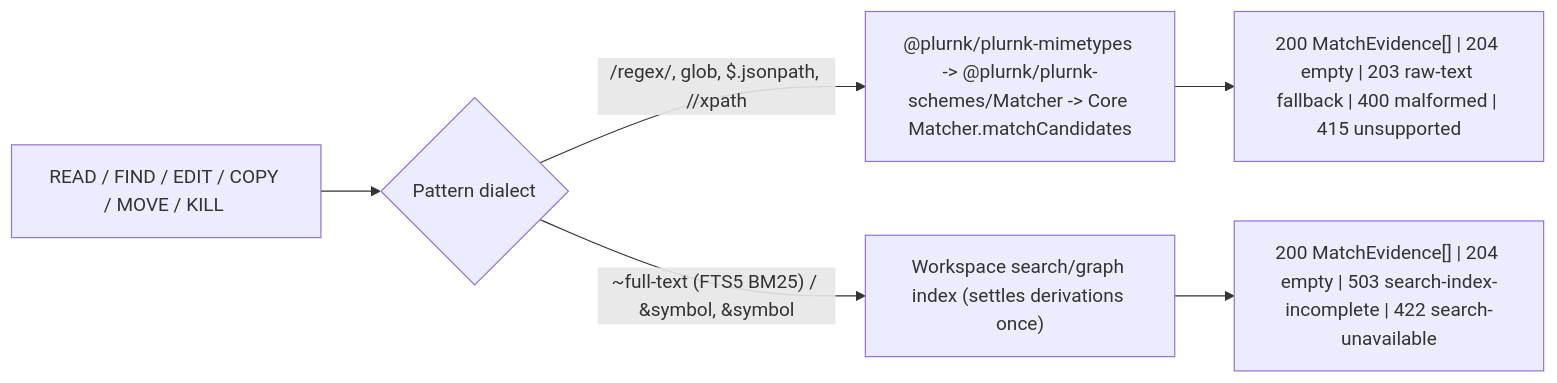
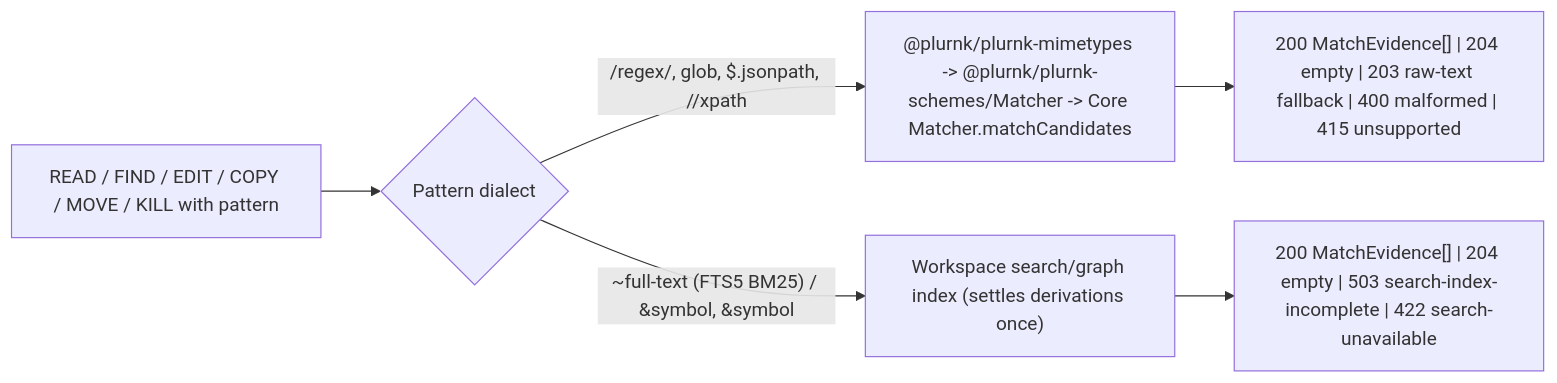
One commit to plurnk/plurnk-service changed diagram 11 of 11 in plurnk-core/SPEC.md. Above: the diagram before and after it, drawn with Mermaid. The commit also changed other lines of this file and 11 other files, not shown here.

Commit message:
docs(core): update architecture, whitepaper, and core specs for Code Mode (#1413 #1414)

````diff
--- a/plurnk-core/SPEC.md
+++ b/plurnk-core/SPEC.md
@@ -1375,8 +1374,8 @@
 ```mermaid
 flowchart LR
-  Op["READ / FIND / EDIT / COPY / MOVE / KILL <pattern>"] --> Kind{"Pattern dialect"}
+  Op["READ / FIND / EDIT / COPY / MOVE / KILL with pattern"] --> Kind{"Pattern dialect"}
   Kind -->|"/regex/, glob, $.jsonpath, //xpath"| Mime["@plurnk/plurnk-mimetypes -> @plurnk/plurnk-schemes/Matcher -> Core Matcher.matchCandidates"]
   Kind -->|"~full-text (FTS5 BM25) / &symbol, &<symbol, &>symbol"| Idx["Workspace search/graph index (settles derivations once)"]
   Mime --> Out["200 MatchEvidence[] | 204 empty | 203 raw-text fallback | 400 malformed | 415 unsupported"]
   Idx --> OutIdx["200 MatchEvidence[] | 204 empty | 503 search-index-incomplete | 422 search-unavailable"]
 ```
````
